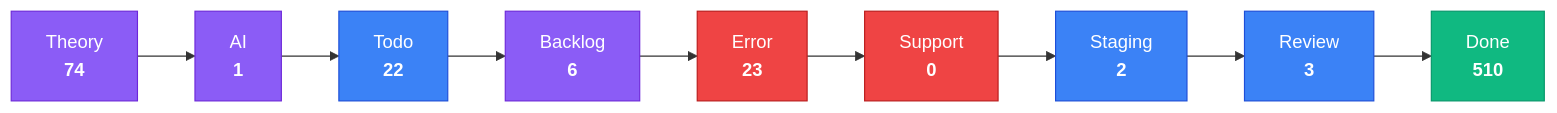
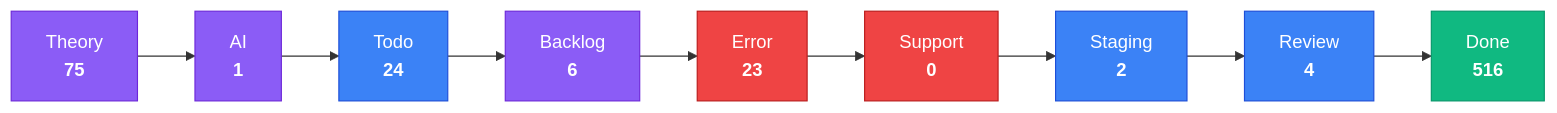
The third of 4 diagrams in apps/kbve/astro-kbve/src/content/docs/dashboard/kanban-data.mdx (KBVE/kbve), drawn with Mermaid before and after one commit. The commit also changed other lines of this file and 2 other files, not shown here.

````diff
--- a/apps/kbve/astro-kbve/src/content/docs/dashboard/kanban-data.mdx
+++ b/apps/kbve/astro-kbve/src/content/docs/dashboard/kanban-data.mdx
@@ -215,28 +215,28 @@
 ```mermaid
 flowchart LR
     classDef planning fill:#8b5cf6,stroke:#6d28d9,color:#fff
     classDef active fill:#3b82f6,stroke:#1d4ed8,color:#fff
     classDef blocked fill:#ef4444,stroke:#b91c1c,color:#fff
     classDef done fill:#10b981,stroke:#059669,color:#fff
-    Theory["Theory<br/><strong>74</strong>"]
+    Theory["Theory<br/><strong>75</strong>"]
     Theory --> AI
     AI["AI<br/><strong>1</strong>"]
     AI --> Todo
-    Todo["Todo<br/><strong>22</strong>"]
+    Todo["Todo<br/><strong>24</strong>"]
     Todo --> Backlog
     Backlog["Backlog<br/><strong>6</strong>"]
     Backlog --> Error
     Error["Error<br/><strong>23</strong>"]
     Error --> Support
     Support["Support<br/><strong>0</strong>"]
     Support --> Staging
     Staging["Staging<br/><strong>2</strong>"]
     Staging --> Review
-    Review["Review<br/><strong>3</strong>"]
+    Review["Review<br/><strong>4</strong>"]
     Review --> Done
-    Done["Done<br/><strong>510</strong>"]
+    Done["Done<br/><strong>516</strong>"]
     class Theory,AI,Backlog planning
     class Todo,Staging,Review active
     class Error,Support blocked
     class Done done
 ```
````
